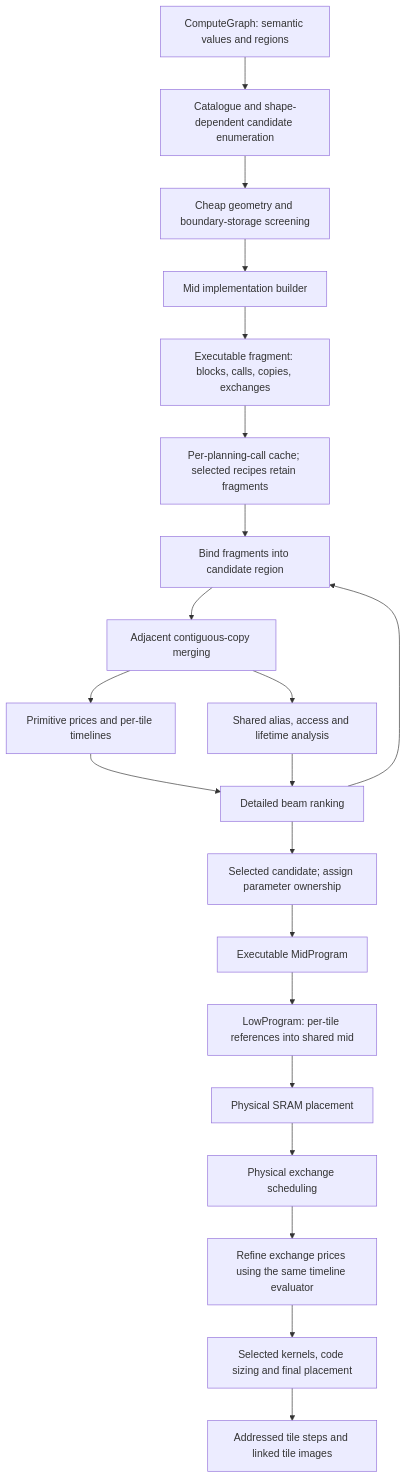
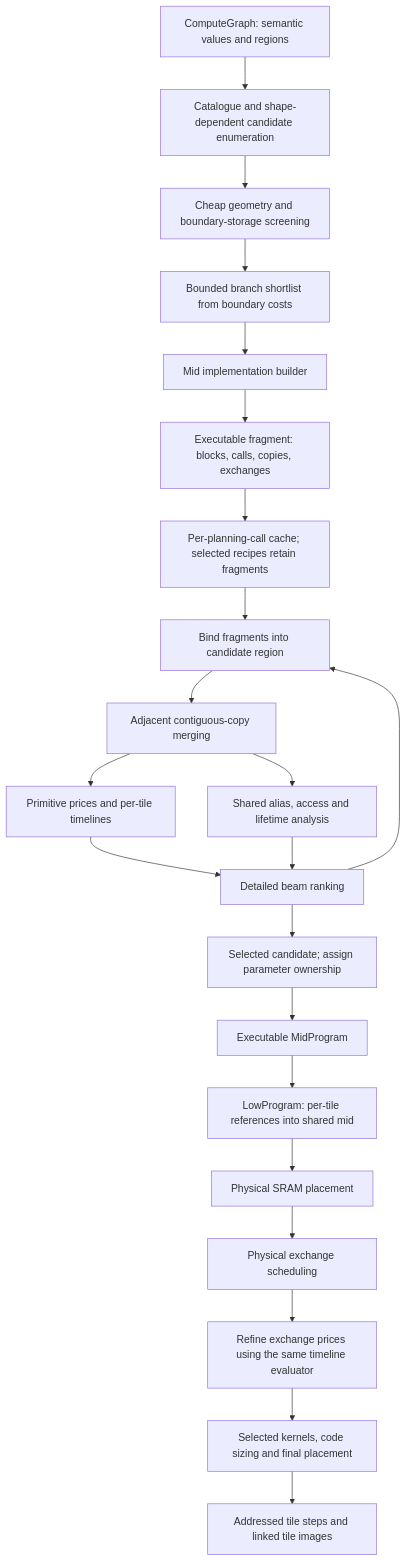
One commit to osmarks/ipu-stack changed the first of 3 diagrams in docs/COMPILER_DATA_FLOW.md. Above: the diagram before and after it, drawn with Mermaid. The commit also changed other lines of this file and 12 other files, not shown here.

````diff
--- a/docs/COMPILER_DATA_FLOW.md
+++ b/docs/COMPILER_DATA_FLOW.md
@@ -9,23 +9,24 @@
 ```mermaid
 flowchart TD
   G[ComputeGraph: semantic values and regions] --> C[Catalogue and shape-dependent candidate enumeration]
   C --> H[Cheap geometry and boundary-storage screening]
-  H --> B[Mid implementation builder]
+  H --> SHORT[Bounded branch shortlist from boundary costs]
+  SHORT --> B[Mid implementation builder]
   B --> M[Executable fragment: blocks, calls, copies, exchanges]
   M --> CACHE[Per-planning-call cache; selected recipes retain fragments]
   CACHE --> JOIN[Bind fragments into candidate region]
   JOIN --> PASS[Adjacent contiguous-copy merging]
   PASS --> P[Primitive prices and per-tile timelines]
   PASS --> A[Shared alias, access and lifetime analysis]
   P --> BEAM[Detailed beam ranking]
   A --> BEAM
   BEAM --> JOIN
   BEAM --> FINAL[Selected candidate; assign parameter ownership]
   FINAL --> MID[Executable MidProgram]
   MID --> LOW[LowProgram: per-tile references into shared mid]
   LOW --> PLACE[Physical SRAM placement]
   PLACE --> X[Physical exchange scheduling]
   X --> R[Refine exchange prices using the same timeline evaluator]
   R --> K[Selected kernels, code sizing and final placement]
   K --> T[Addressed tile steps and linked tile images]
 ```
````
